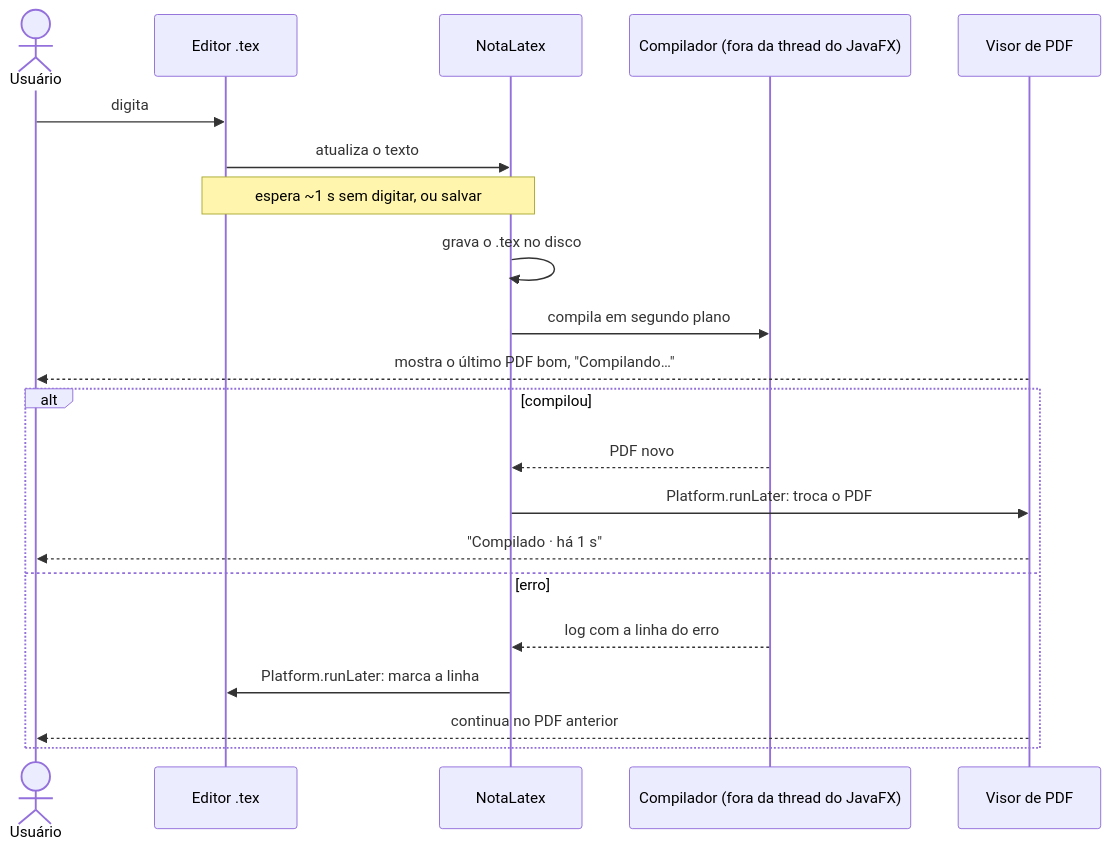
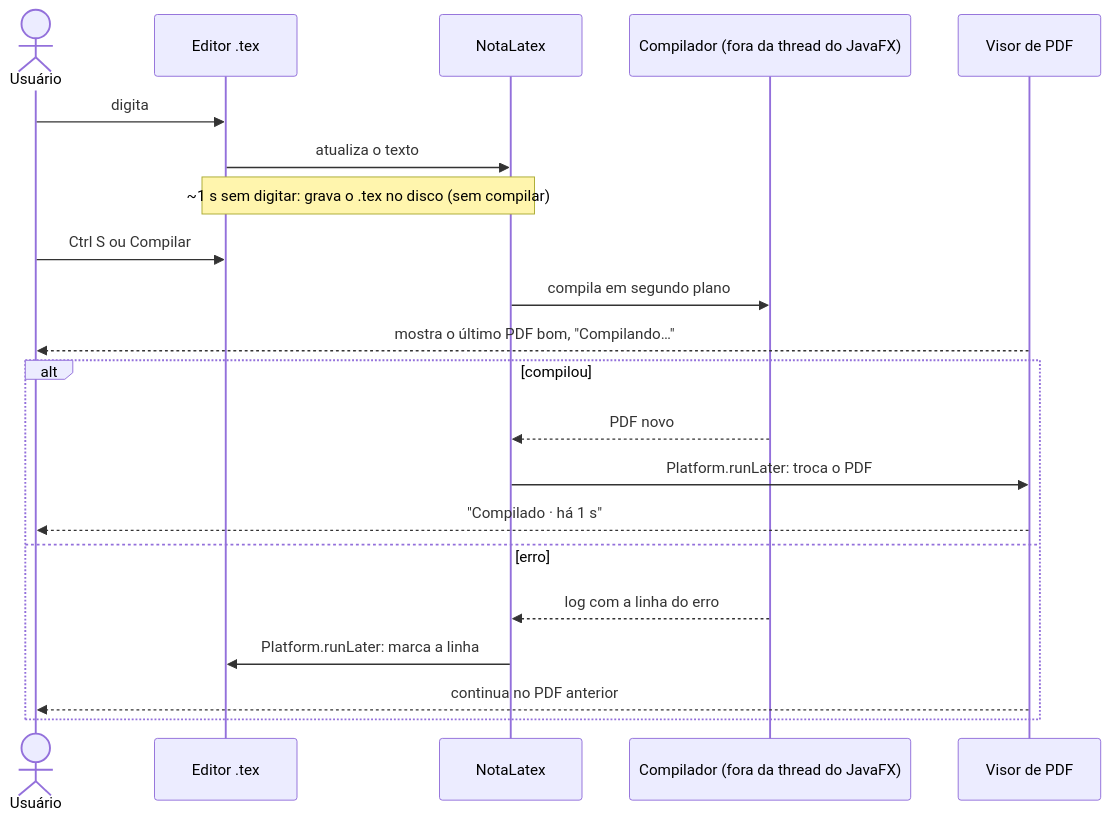
Before and after one commit to luanfrombrazil/secondbrain: the eighth of 13 diagrams in docs/modelagem.md, drawn with Mermaid. The commit also changed other lines of this file and 7 other files, not shown here.

````diff
--- a/docs/modelagem.md
+++ b/docs/modelagem.md
@@ -738,24 +757,24 @@
 ```mermaid
 sequenceDiagram
     actor U as Usuário
     participant E as Editor .tex
     participant N as NotaLatex
     participant C as Compilador (fora da thread do JavaFX)
     participant P as Visor de PDF
 
     U->>E: digita
     E->>N: atualiza o texto
-    Note over E,N: espera ~1 s sem digitar, ou salvar
-    N->>N: grava o .tex no disco
+    Note over E,N: ~1 s sem digitar: grava o .tex no disco (sem compilar)
+    U->>E: Ctrl S ou Compilar
     N->>C: compila em segundo plano
     P-->>U: mostra o último PDF bom, "Compilando…"
     alt compilou
         C-->>N: PDF novo
         N->>P: Platform.runLater: troca o PDF
         P-->>U: "Compilado · há 1 s"
     else erro
         C-->>N: log com a linha do erro
         N->>E: Platform.runLater: marca a linha
         P-->>U: continua no PDF anterior
     end
 ```
````
